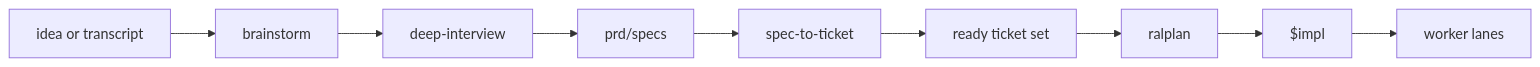
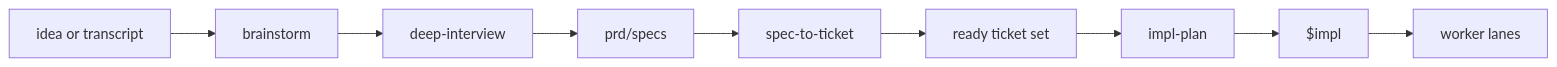
One commit to ZanarkandTechnologies/Farplane changed the second of 6 diagrams in README.md. Above: the diagram before and after it, drawn with Mermaid. The commit also changed other lines of this file and 35 other files, not shown here.

Commit message:
feat(planning): collapse planner surfaces into impl-plan

````diff
--- a/README.md
+++ b/README.md
@@ -150,11 +151,11 @@
 ```mermaid
 flowchart LR
     A[idea or transcript] --> B[brainstorm]
     B --> C[deep-interview]
     C --> D[prd/specs]
     D --> E[spec-to-ticket]
     E --> F[ready ticket set]
-    F --> G[ralplan]
+    F --> G[impl-plan]
     G --> H[$impl]
     H --> I[worker lanes]
 ```
````
